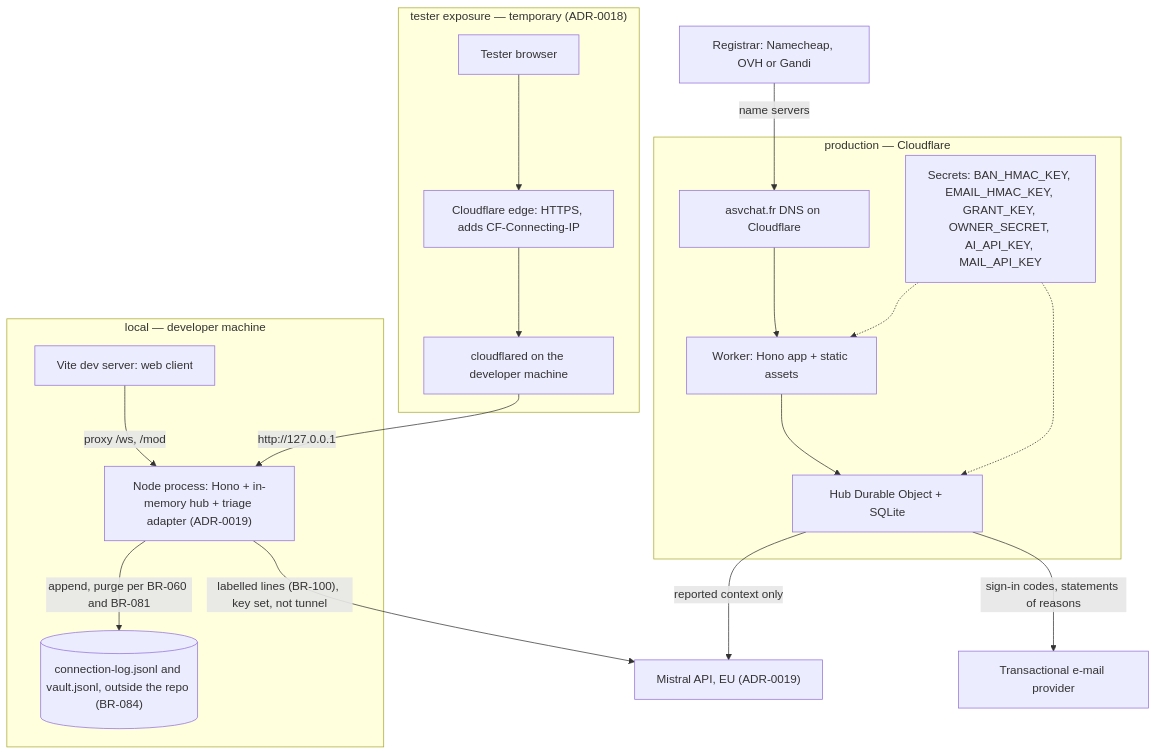
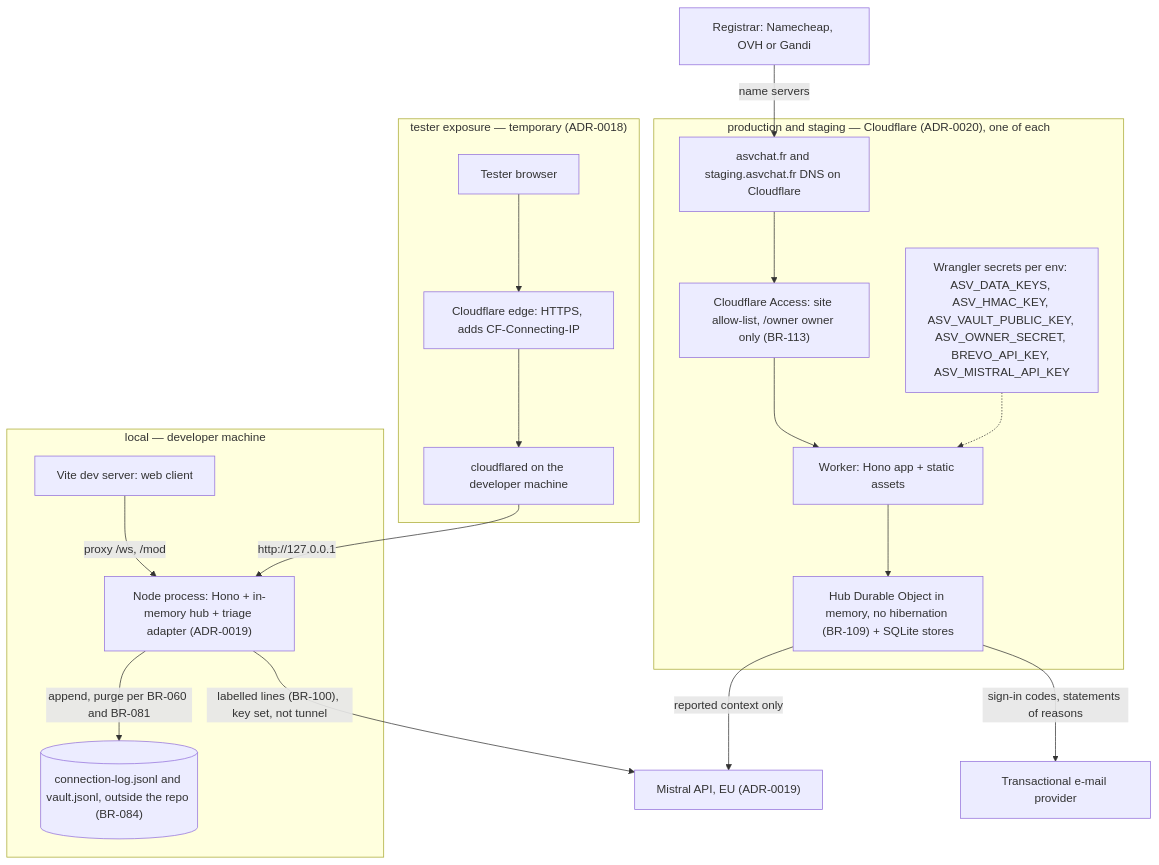
The diagram in docs/architecture/diagrams/platform/07-deployment.md (benoit-bremaud/asv), drawn with Mermaid before and after one commit. The commit also changed other lines of this file and 10 other files, not shown here.

````diff
--- a/docs/architecture/diagrams/platform/07-deployment.md
+++ b/docs/architecture/diagrams/platform/07-deployment.md
@@ -15,35 +15,36 @@
 ```mermaid
 flowchart TB
   subgraph Dev ["local — developer machine"]
     NodeProc["Node process: Hono + in-memory hub + triage adapter (ADR-0019)"]
     Vite["Vite dev server: web client"]
     Vite -->|"proxy /ws, /mod"| NodeProc
     LogFile[("connection-log.jsonl and vault.jsonl, outside the repo (BR-084)")]
     NodeProc -->|"append, purge per BR-060 and BR-081"| LogFile
   end
   subgraph Test ["tester exposure — temporary (ADR-0018)"]
     Tester["Tester browser"]
     Edge["Cloudflare edge: HTTPS, adds CF-Connecting-IP"]
     Cloudflared["cloudflared on the developer machine"]
     Tester --> Edge
     Edge --> Cloudflared
   end
   Cloudflared -->|"http://127.0.0.1"| NodeProc
-  subgraph Prod ["production — Cloudflare"]
-    DNS["asvchat.fr DNS on Cloudflare"]
+  subgraph Prod ["production and staging — Cloudflare (ADR-0020), one of each"]
+    DNS["asvchat.fr and staging.asvchat.fr DNS on Cloudflare"]
+    Access["Cloudflare Access: site allow-list, /owner owner only (BR-113)"]
     Worker["Worker: Hono app + static assets"]
-    HubDO["Hub Durable Object + SQLite"]
-    Secrets["Secrets: BAN_HMAC_KEY, EMAIL_HMAC_KEY, GRANT_KEY, OWNER_SECRET, AI_API_KEY, MAIL_API_KEY"]
-    DNS --> Worker
+    HubDO["Hub Durable Object in memory, no hibernation (BR-109) + SQLite stores"]
+    Secrets["Wrangler secrets per env: ASV_DATA_KEYS, ASV_HMAC_KEY, ASV_VAULT_PUBLIC_KEY, ASV_OWNER_SECRET, BREVO_API_KEY, ASV_MISTRAL_API_KEY"]
+    DNS --> Access
+    Access --> Worker
     Worker --> HubDO
     Secrets -.-> Worker
-    Secrets -.-> HubDO
   end
   AI["Mistral API, EU (ADR-0019)"]
   Registrar["Registrar: Namecheap, OVH or Gandi"]
   Registrar -->|"name servers"| DNS
   HubDO -->|"reported context only"| AI
   NodeProc -->|"labelled lines (BR-100), key set, not tunnel"| AI
   Mail["Transactional e-mail provider"]
   HubDO -->|"sign-in codes, statements of reasons"| Mail
 ```
````
